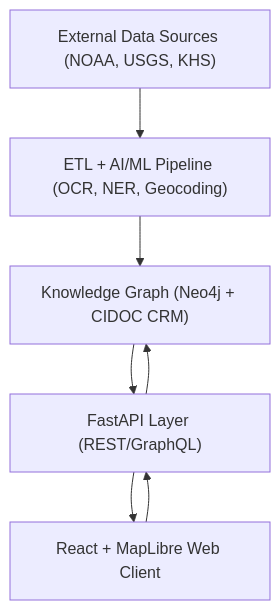
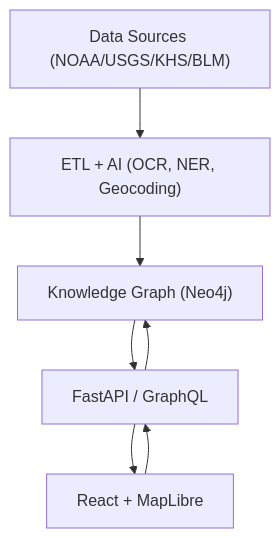
One commit to bartytime4life/Kansas-Frontier-Matrix changed the diagram in ARCHITECTURE.md. Above: the diagram before and after it, drawn with Mermaid. The commit also changed other lines of this file, not shown here.

First line of the commit message:
Revise ARCHITECTURE.md for clarity and detail

````diff
--- a/ARCHITECTURE.md
+++ b/ARCHITECTURE.md
@@ -147,10 +153,11 @@
 ```mermaid
 flowchart TD
-A["External Data Sources (NOAA, USGS, KHS)"]
-B["ETL + AI/ML Pipeline (OCR, NER, Geocoding)"]
-C["Knowledge Graph (Neo4j + CIDOC CRM)"]
-D["FastAPI Layer (REST/GraphQL)"]
-E["React + MapLibre Web Client"]
+A["Data Sources (NOAA/USGS/KHS/BLM)"]
+B["ETL + AI (OCR, NER, Geocoding)"]
+C["Knowledge Graph (Neo4j)"]
+D["FastAPI / GraphQL"]
+E["React + MapLibre"]
+
 A --> B --> C --> D --> E
 E --> D --> C
 ```
````
